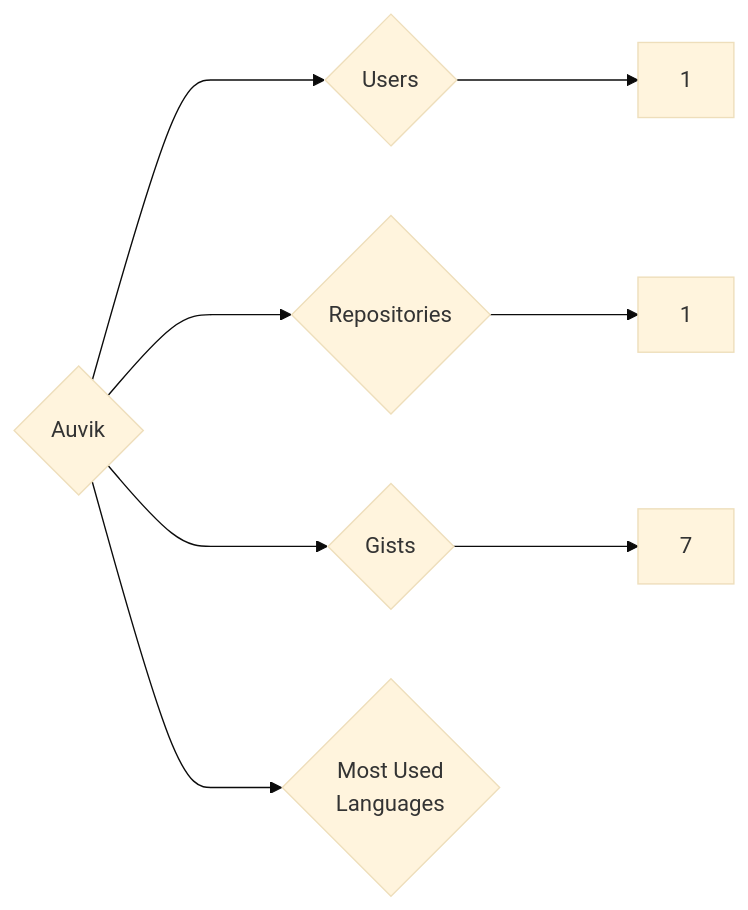
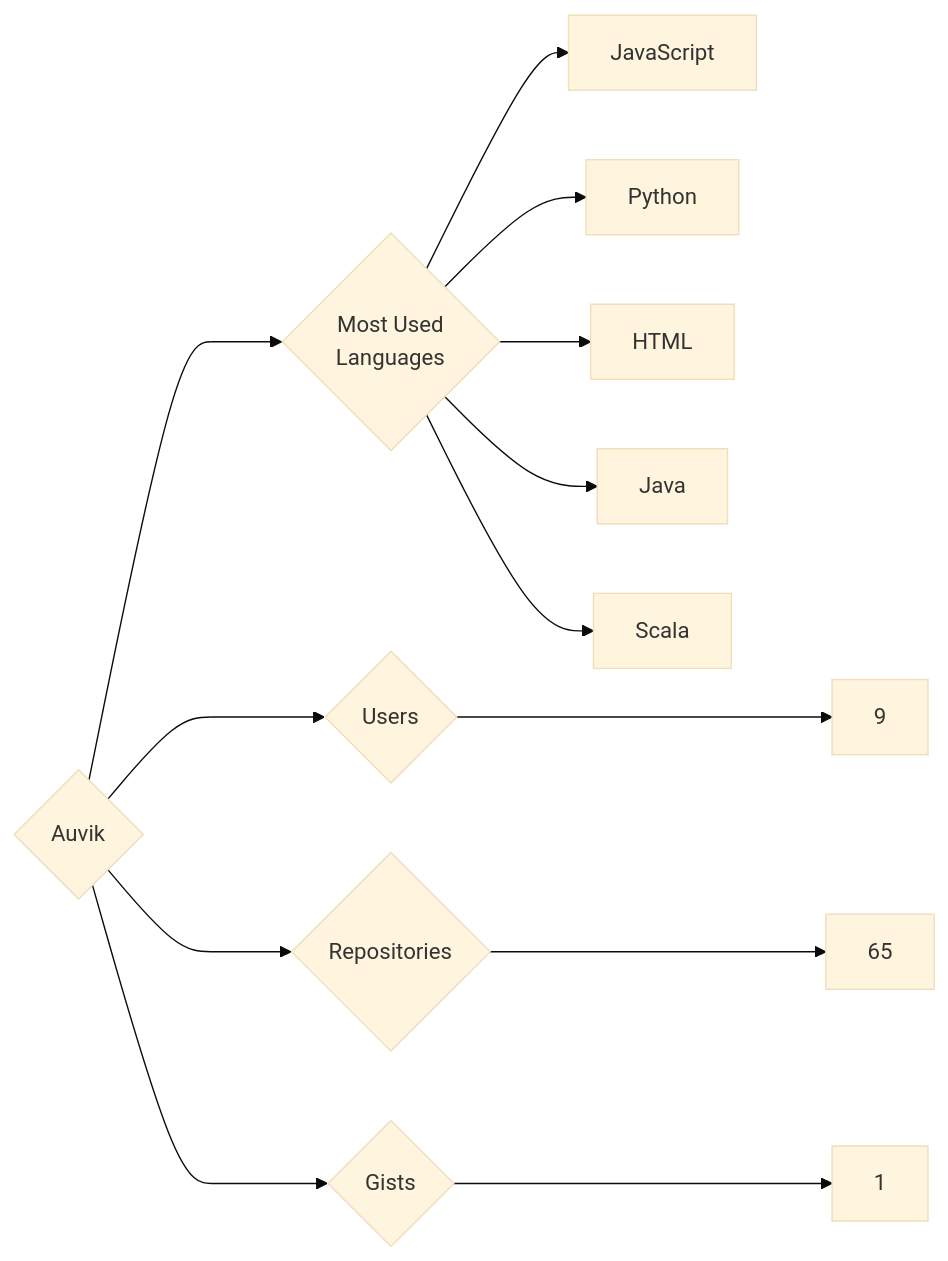
The diagram in targets/Auvik/README.md (trickest/insiders), drawn with Mermaid (base theme) before and after one commit. The commit also changed 861 other files, not shown here.

````diff
--- a/targets/Auvik/README.md
+++ b/targets/Auvik/README.md
@@ -3,8 +3,13 @@
 ```mermaid
 graph LR
 COMPANY_NAME{Auvik}
-COMPANY_NAME ---> U{Users} ---> UN[1]
-COMPANY_NAME ---> R{Repositories} ---> RN[1]
-COMPANY_NAME ---> G{Gists} ---> GN[7]
+COMPANY_NAME ---> U{Users} ---> UN[9]
+COMPANY_NAME ---> R{Repositories} ---> RN[65]
+COMPANY_NAME ---> G{Gists} ---> GN[1]
 COMPANY_NAME ---> ML{Most Used<br>Languages}
+ML --> JavaScript[JavaScript]
+ML --> Python[Python]
+ML --> HTML[HTML]
+ML --> Java[Java]
+ML --> Scala[Scala]
 ```
````
